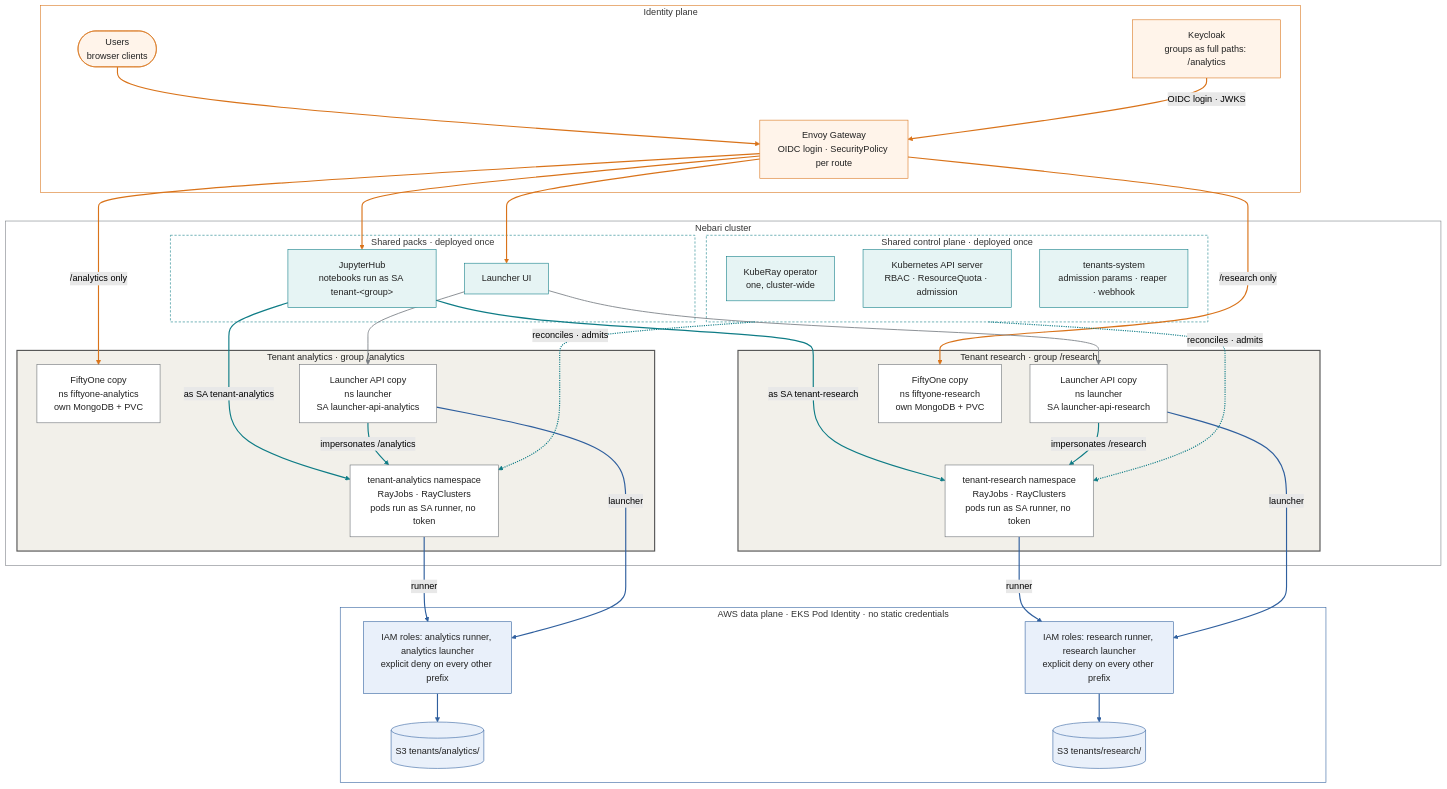
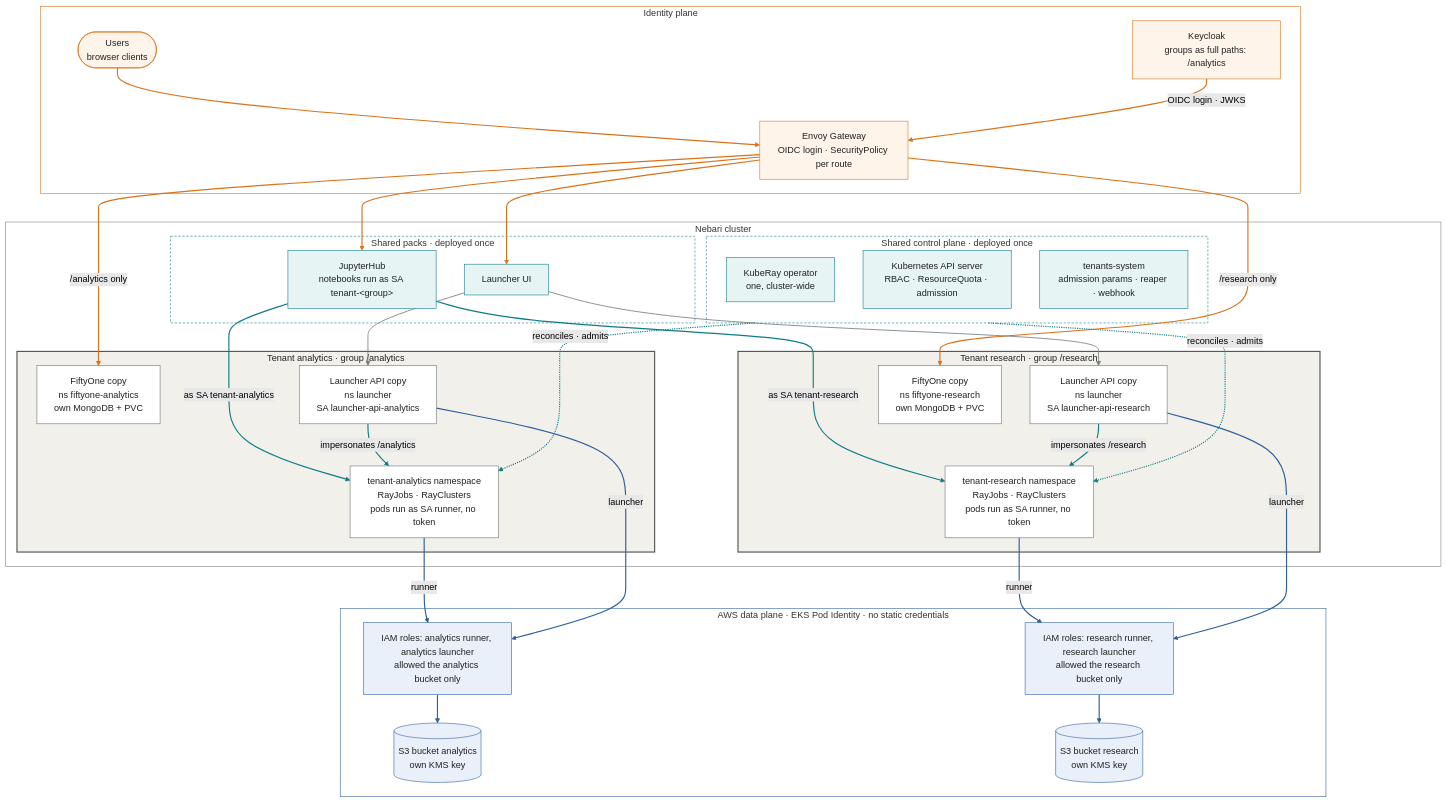
Before and after one commit to nebari-dev/nebari-infrastructure-core: the first of 3 diagrams in docs/design-doc/implementation/19-multi-tenancy.md, drawn with Mermaid (forest theme). The commit also changed other lines of this file, not shown here.

Commit message:
docs(design): draw the tenant data boundary as a bucket per tenant with its own KMS key

````diff
--- a/docs/design-doc/implementation/19-multi-tenancy.md
+++ b/docs/design-doc/implementation/19-multi-tenancy.md
@@ -32,77 +32,77 @@
 ```mermaid
 flowchart TB
   subgraph identity["Identity plane"]
     users(["Users<br/>browser clients"])
     kc["Keycloak<br/>groups as full paths: /analytics"]
     gw["Envoy Gateway<br/>OIDC login · SecurityPolicy per route"]
   end
   subgraph cluster["Nebari cluster"]
     subgraph packs["Shared packs · deployed once"]
       hub["JupyterHub<br/>notebooks run as SA tenant-&lt;group&gt;"]
       ui["Launcher UI"]
     end
     subgraph control["Shared control plane · deployed once"]
       kuberay["KubeRay operator<br/>one, cluster-wide"]
       apisrv["Kubernetes API server<br/>RBAC · ResourceQuota · admission"]
       tsys["tenants-system<br/>admission params · reaper · webhook"]
     end
     subgraph tA["Tenant analytics · group /analytics"]
       foA["FiftyOne copy<br/>ns fiftyone-analytics<br/>own MongoDB + PVC"]
       apiA["Launcher API copy<br/>ns launcher<br/>SA launcher-api-analytics"]
       nsA["tenant-analytics namespace<br/>RayJobs · RayClusters<br/>pods run as SA runner, no token"]
     end
     subgraph tB["Tenant research · group /research"]
       apiB["Launcher API copy<br/>ns launcher<br/>SA launcher-api-research"]
       foB["FiftyOne copy<br/>ns fiftyone-research<br/>own MongoDB + PVC"]
       nsB["tenant-research namespace<br/>RayJobs · RayClusters<br/>pods run as SA runner, no token"]
     end
   end
   subgraph aws["AWS data plane · EKS Pod Identity · no static credentials"]
-    roleA["IAM roles: analytics runner, analytics launcher<br/>explicit deny on every other prefix"]
-    s3A[("S3 tenants/analytics/")]
-    roleB["IAM roles: research runner, research launcher<br/>explicit deny on every other prefix"]
-    s3B[("S3 tenants/research/")]
+    roleA["IAM roles: analytics runner, analytics launcher<br/>allowed the analytics bucket only"]
+    s3A[("S3 bucket analytics<br/>own KMS key")]
+    roleB["IAM roles: research runner, research launcher<br/>allowed the research bucket only"]
+    s3B[("S3 bucket research<br/>own KMS key")]
   end
   users --> gw
   kc -->|"OIDC login · JWKS"| gw
   gw --> hub
   gw --> ui
   gw -->|"/analytics only"| foA
   gw -->|"/research only"| foB
   ui --> apiA
   ui --> apiB
   hub -->|"as SA tenant-analytics"| nsA
   hub -->|"as SA tenant-research"| nsB
   apiA -->|"impersonates /analytics"| nsA
   apiB -->|"impersonates /research"| nsB
   control -.->|"reconciles · admits"| nsA
   control -.->|"reconciles · admits"| nsB
   nsA -->|"runner"| roleA
   apiA -->|"launcher"| roleA
   roleA --> s3A
   nsB -->|"runner"| roleB
   apiB -->|"launcher"| roleB
   roleB --> s3B
   gw ~~~ kuberay
   gw ~~~ apisrv
   gw ~~~ tsys
   linkStyle 0,1,2,3,4,5 stroke:#d9731a,stroke-width:2px
   linkStyle 6,7 stroke:#7a7f85,stroke-width:1.5px
   linkStyle 8,9,10,11,12,13 stroke:#0e7c86,stroke-width:2px
   linkStyle 14,15,16,17,18,19 stroke:#2f5f9e,stroke-width:2px
   classDef ident fill:#fff4ea,stroke:#d9731a,color:#222
   classDef ctlnode fill:#e6f4f4,stroke:#0e7c86,color:#222
   classDef tenant fill:#ffffff,stroke:#6b7075,color:#222
   classDef data fill:#e9f0fa,stroke:#2f5f9e,color:#222
   class users,gw,kc ident
   class hub,ui,kuberay,apisrv,tsys ctlnode
   class nsA,apiA,foA,nsB,apiB,foB tenant
   class roleA,s3A,roleB,s3B data
   style identity fill:none,stroke:#d9731a
   style cluster fill:none,stroke:#7a7f85
   style packs fill:none,stroke:#0e7c86,stroke-dasharray:4 3
   style control fill:none,stroke:#0e7c86,stroke-dasharray:4 3
   style tA fill:#f2f0ea,stroke:#555,stroke-width:2px,color:#222
   style tB fill:#f2f0ea,stroke:#555,stroke-width:2px,color:#222
   style aws fill:none,stroke:#2f5f9e
 ```
````
